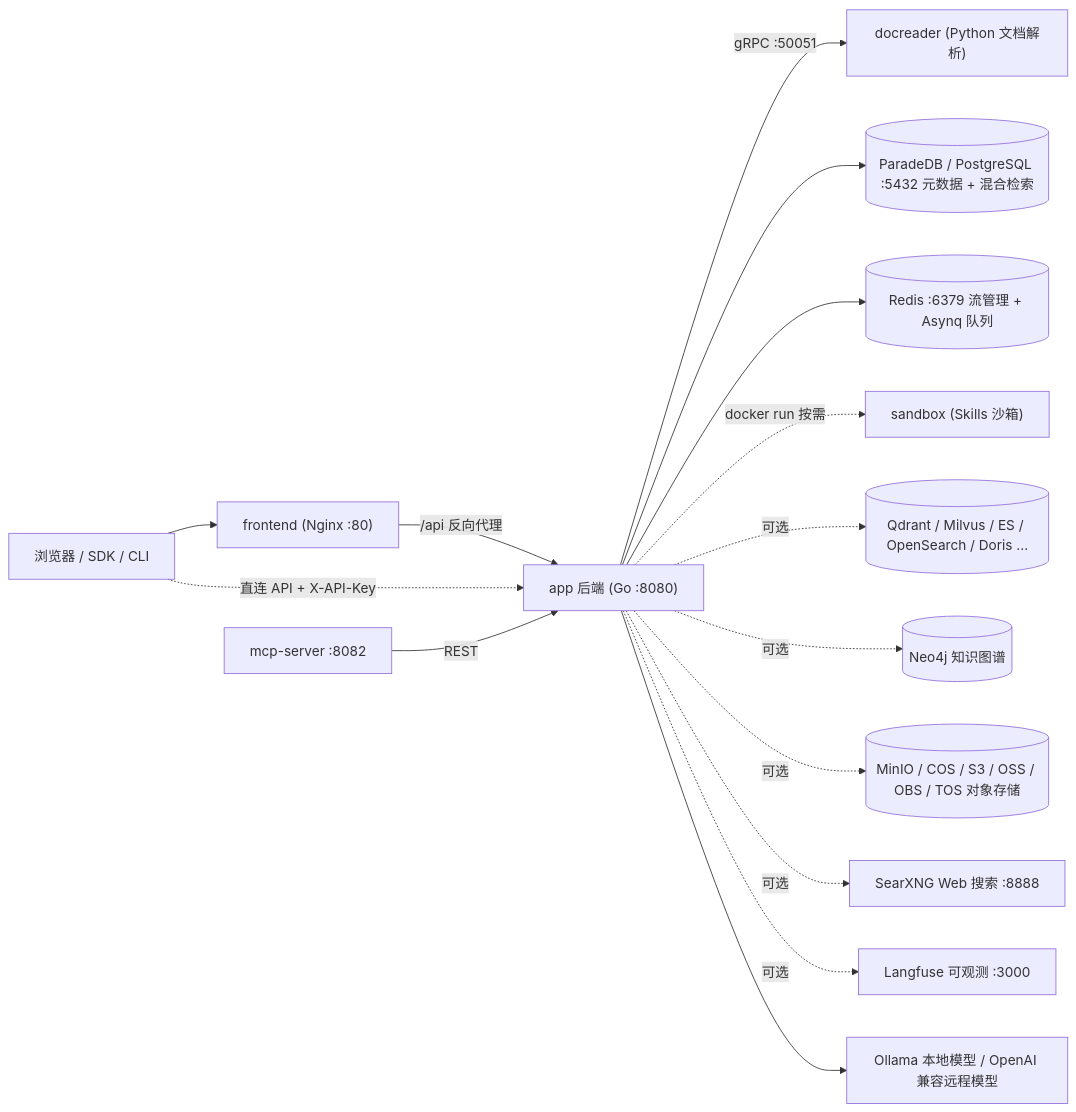
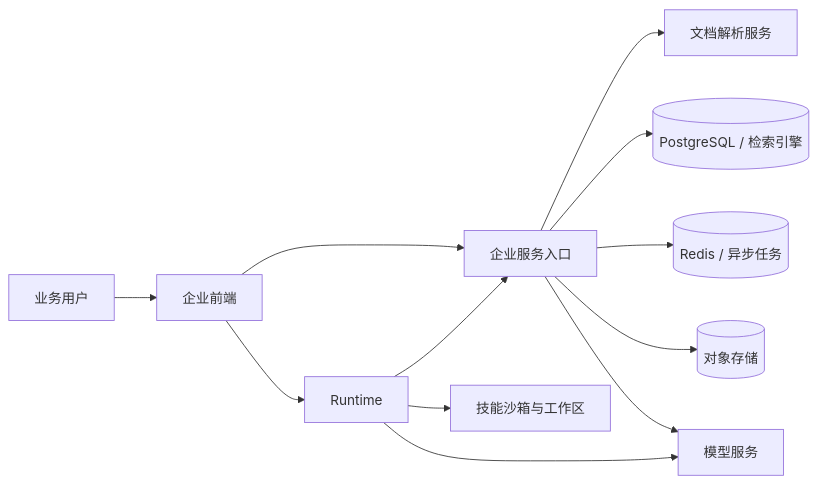
The diagram in apps/docs/01-getting-started/01-introduction.md (qinlei131479/WeKnora), drawn with Mermaid before and after one commit. The commit also changed other lines of this file and 41 other files, not shown here.

````diff
--- a/apps/docs/01-getting-started/01-introduction.md
+++ b/apps/docs/01-getting-started/01-introduction.md
@@ -132,17 +85,14 @@
 ```mermaid
 flowchart LR
-    Browser["浏览器 / SDK / CLI"] --> FE["frontend (Nginx :80)"]
-    FE -- "/api 反向代理" --> APP["app 后端 (Go :8080)"]
-    Browser -. "直连 API + X-API-Key" .-> APP
-    APP -- "gRPC :50051" --> DR["docreader (Python 文档解析)"]
-    APP --> PG[("ParadeDB / PostgreSQL :5432 元数据 + 混合检索")]
-    APP --> RD[("Redis :6379 流管理 + Asynq 队列")]
-    APP -. "docker run 按需" .-> SB["sandbox (Skills 沙箱)"]
-    APP -. "可选" .-> VDB[("Qdrant / Milvus / ES / OpenSearch / Doris ...")]
-    APP -. "可选" .-> NEO[("Neo4j 知识图谱")]
-    APP -. "可选" .-> OSS[("MinIO / COS / S3 / OSS / OBS / TOS 对象存储")]
-    APP -. "可选" .-> SX["SearXNG Web 搜索 :8888"]
-    APP -. "可选" .-> LF["Langfuse 可观测 :3000"]
-    APP --> LLM["Ollama 本地模型 / OpenAI 兼容远程模型"]
-    MCPS["mcp-server :8082"] -- "REST" --> APP
+    U["业务用户"] --> FE["企业前端"]
+    FE --> APP["企业服务入口"]
+    FE --> RT["Runtime"]
+    APP --> DR["文档解析服务"]
+    APP --> PG[("PostgreSQL / 检索引擎")]
+    APP --> RD[("Redis / 异步任务")]
+    APP --> OBJ[("对象存储")]
+    RT --> APP
+    RT --> SB["技能沙箱与工作区"]
+    APP --> LLM["模型服务"]
+    RT --> LLM
 ```
````
